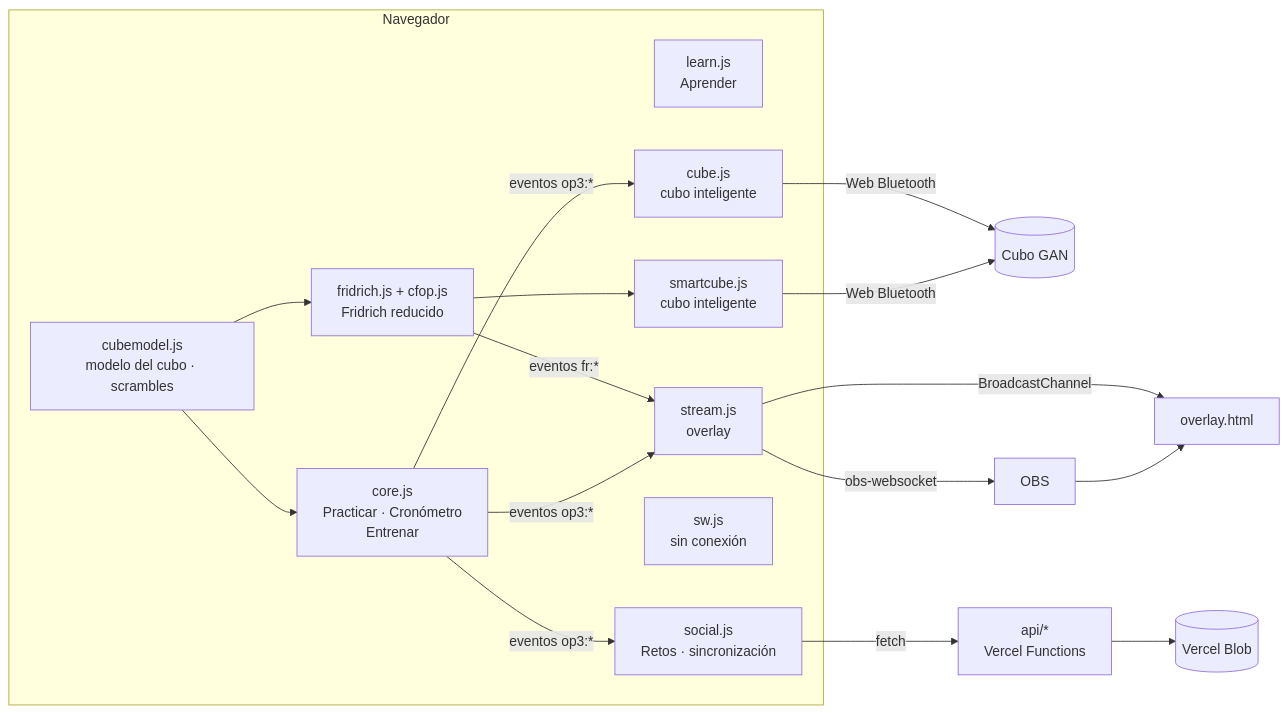
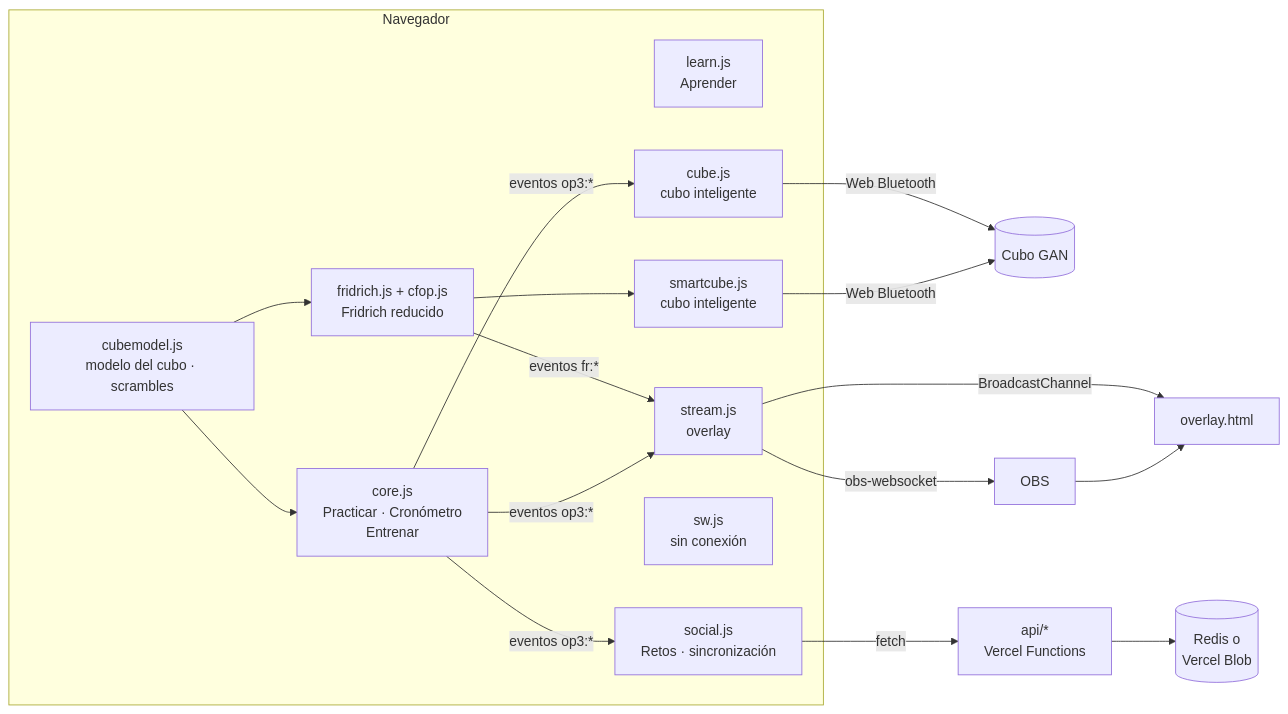
The diagram in README.md (acoidaan/old-pochmann-3bld), drawn with Mermaid before and after one commit. The commit also changed other lines of this file and 20 other files, not shown here.

First line of the commit message:
API: almacén sin listados (Redis o Blob) y sincronizar mucho menos

````diff
--- a/README.md
+++ b/README.md
@@ -263,31 +263,31 @@
 ```mermaid
 flowchart LR
   subgraph nav["Navegador"]
     model["cubemodel.js<br/>modelo del cubo · scrambles"]
     core["core.js<br/>Practicar · Cronómetro<br/>Entrenar"]
     learn["learn.js<br/>Aprender"]
     social["social.js<br/>Retos · sincronización"]
     stream["stream.js<br/>overlay"]
     cube["cube.js<br/>cubo inteligente"]
     sw["sw.js<br/>sin conexión"]
     fr["fridrich.js + cfop.js<br/>Fridrich reducido"]
     sc["smartcube.js<br/>cubo inteligente"]
   end
   gan[("Cubo GAN")]
   ov["overlay.html"]
   obs["OBS"]
   api["api/*<br/>Vercel Functions"]
-  blob[("Vercel Blob")]
+  blob[("Redis o<br/>Vercel Blob")]
   model --> core
   model --> fr
   cube -- "Web Bluetooth" --> gan
   sc -- "Web Bluetooth" --> gan
   fr --> sc
   fr -- "eventos fr:*" --> stream
   core -- "eventos op3:*" --> cube
   core -- "eventos op3:*" --> stream
   core -- "eventos op3:*" --> social
   stream -- "BroadcastChannel" --> ov
   stream -- "obs-websocket" --> obs --> ov
   social -- "fetch" --> api --> blob
 ```
````
